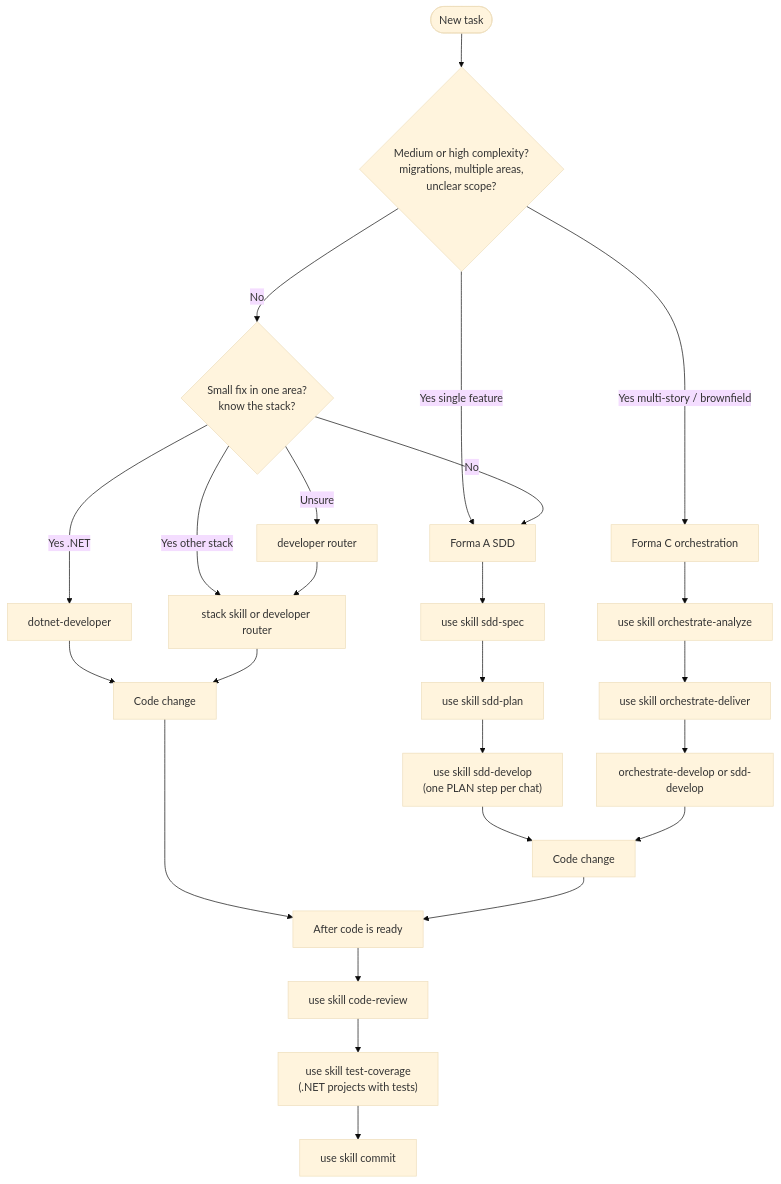
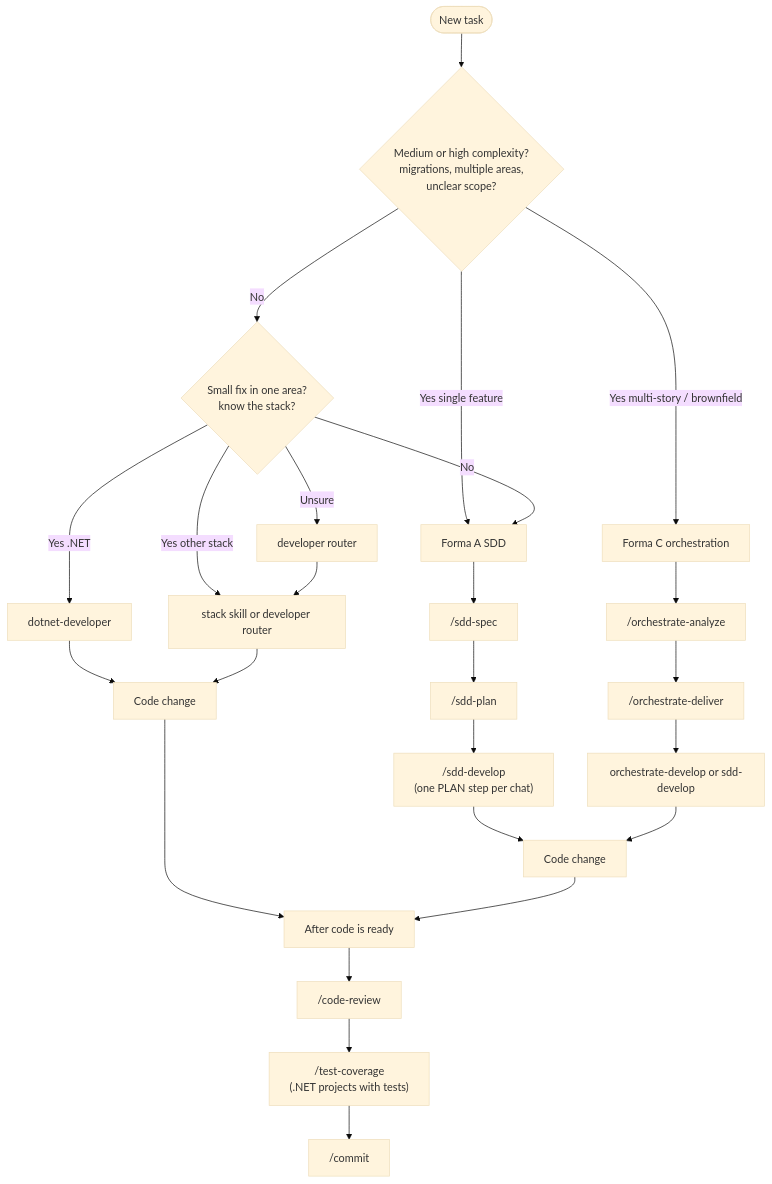
The diagram in docs/guides/README.md (tibursocampos/cursor-dev-toolkit), drawn with Mermaid (base theme) before and after one commit. The commit also changed other lines of this file and 84 other files, not shown here.

````diff
--- a/docs/guides/README.md
+++ b/docs/guides/README.md
@@ -25,27 +25,27 @@
 ```mermaid
 flowchart TD
   Start([New task]) --> Q1{Medium or high complexity?<br/>migrations, multiple areas,<br/>unclear scope?}
   Q1 -->|Yes multi-story / brownfield| FC[Forma C orchestration]
   Q1 -->|Yes single feature| SDD[Forma A SDD]
   Q1 -->|No| Q2{Small fix in one area?<br/>know the stack?}
   Q2 -->|Yes .NET| NET[dotnet-developer]
   Q2 -->|Yes other stack| STACK[stack skill or developer router]
   Q2 -->|Unsure| DEV[developer router]
   Q2 -->|No| SDD
   DEV --> STACK
-  FC --> O1["use skill orchestrate-analyze"]
-  O1 --> O2["use skill orchestrate-deliver"]
+  FC --> O1["/orchestrate-analyze"]
+  O1 --> O2["/orchestrate-deliver"]
   O2 --> O3["orchestrate-develop or sdd-develop"]
-  SDD --> Spec["use skill sdd-spec"]
-  Spec --> Plan["use skill sdd-plan"]
-  Plan --> Impl["use skill sdd-develop<br/>(one PLAN step per chat)"]
+  SDD --> Spec["/sdd-spec"]
+  Spec --> Plan["/sdd-plan"]
+  Plan --> Impl["/sdd-develop<br/>(one PLAN step per chat)"]
   NET --> DoneNet[Code change]
   STACK --> DoneNet
   Impl --> DoneSdd[Code change]
   O3 --> DoneSdd
   DoneNet --> Post
   DoneSdd --> Post
-  Post[After code is ready] --> CR["use skill code-review"]
-  CR --> TC["use skill test-coverage<br/>(.NET projects with tests)"]
-  TC --> Commit["use skill commit"]
+  Post[After code is ready] --> CR["/code-review"]
+  CR --> TC["/test-coverage<br/>(.NET projects with tests)"]
+  TC --> Commit["/commit"]
 ```
````
